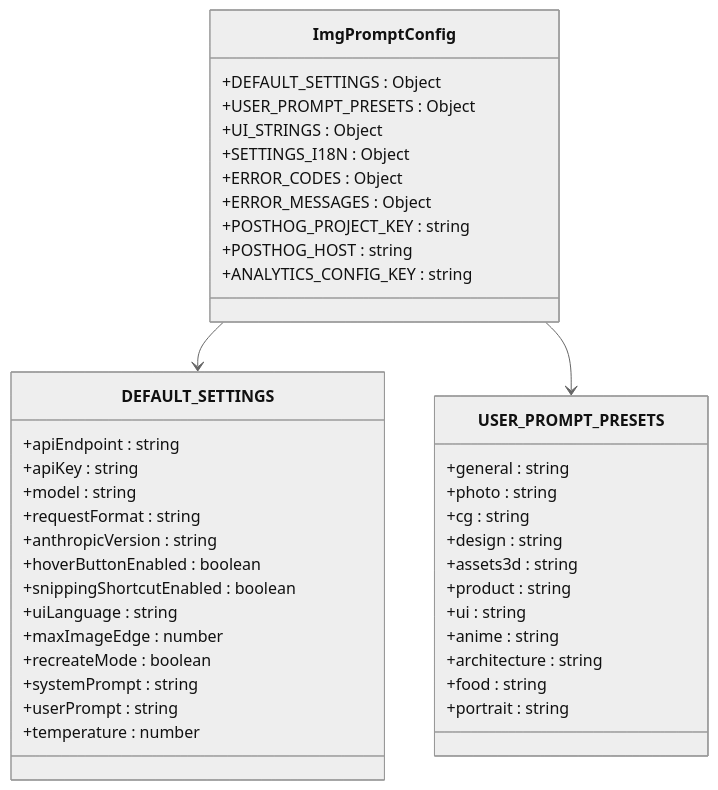
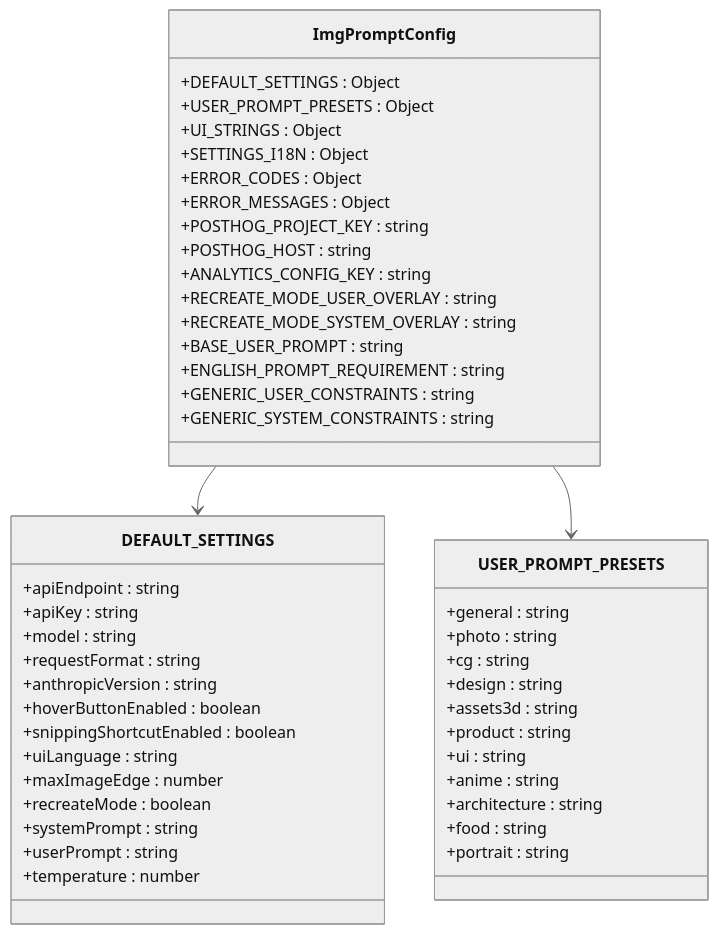
One commit to binasi/Img2Prompt changed the second of 4 diagrams in .qoder/repowiki/zh/content/配置与定制/基础配置.md. Above: the diagram before and after it, drawn with Mermaid (neutral theme). The commit also changed other lines of this file and 21 other files, not shown here.

````diff
--- a/.qoder/repowiki/zh/content/配置与定制/基础配置.md
+++ b/.qoder/repowiki/zh/content/配置与定制/基础配置.md
@@ -86,44 +88,50 @@
 ```mermaid
 classDiagram
 class ImgPromptConfig {
 +DEFAULT_SETTINGS : Object
 +USER_PROMPT_PRESETS : Object
 +UI_STRINGS : Object
 +SETTINGS_I18N : Object
 +ERROR_CODES : Object
 +ERROR_MESSAGES : Object
 +POSTHOG_PROJECT_KEY : string
 +POSTHOG_HOST : string
 +ANALYTICS_CONFIG_KEY : string
++RECREATE_MODE_USER_OVERLAY : string
++RECREATE_MODE_SYSTEM_OVERLAY : string
++BASE_USER_PROMPT : string
++ENGLISH_PROMPT_REQUIREMENT : string
++GENERIC_USER_CONSTRAINTS : string
++GENERIC_SYSTEM_CONSTRAINTS : string
 }
 class DEFAULT_SETTINGS {
 +apiEndpoint : string
 +apiKey : string
 +model : string
 +requestFormat : string
 +anthropicVersion : string
 +hoverButtonEnabled : boolean
 +snippingShortcutEnabled : boolean
 +uiLanguage : string
 +maxImageEdge : number
 +recreateMode : boolean
 +systemPrompt : string
 +userPrompt : string
 +temperature : number
 }
 class USER_PROMPT_PRESETS {
 +general : string
 +photo : string
 +cg : string
 +design : string
 +assets3d : string
 +product : string
 +ui : string
 +anime : string
 +architecture : string
 +food : string
 +portrait : string
 }
 ImgPromptConfig --> DEFAULT_SETTINGS
 ImgPromptConfig --> USER_PROMPT_PRESETS
 ```
````
